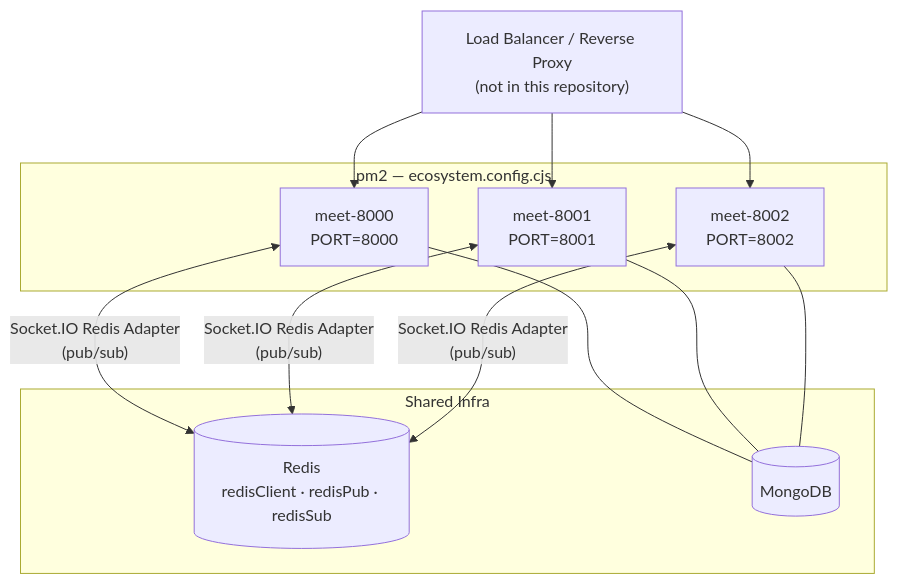
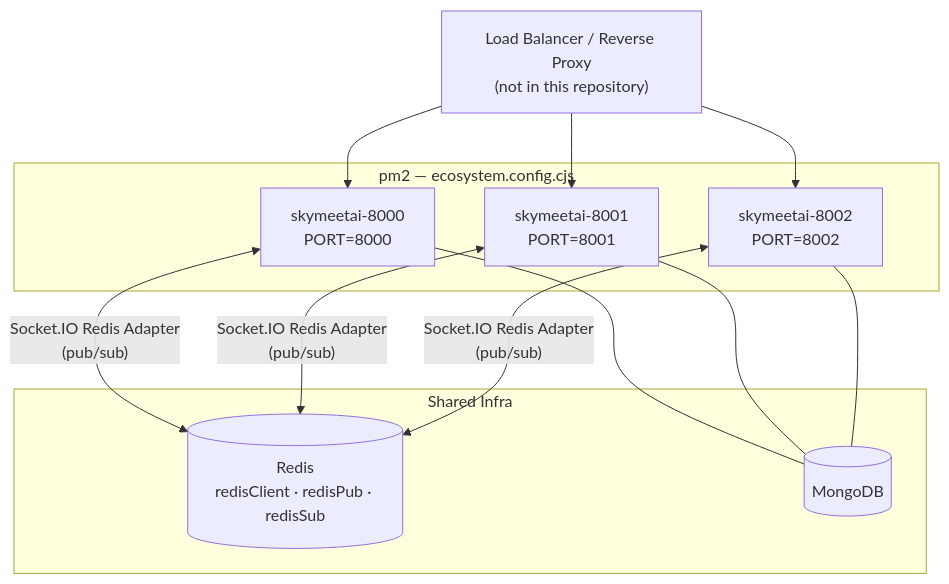
One commit to AnupamKumar-1/Hoovik changed the fourth of 5 diagrams in docs/backend.md. Above: the diagram before and after it, drawn with Mermaid. The commit also changed other lines of this file and 15 other files, not shown here.

````diff
--- a/docs/backend.md
+++ b/docs/backend.md
@@ -363,27 +363,27 @@
 ```mermaid
 flowchart TD
     LB["Load Balancer / Reverse Proxy\n(not in this repository)"]
 
     subgraph PM2 ["pm2 — ecosystem.config.cjs"]
-        P0["meet-8000\nPORT=8000"]
-        P1["meet-8001\nPORT=8001"]
-        P2["meet-8002\nPORT=8002"]
+        P0["skymeetai-8000\nPORT=8000"]
+        P1["skymeetai-8001\nPORT=8001"]
+        P2["skymeetai-8002\nPORT=8002"]
     end
 
     subgraph Shared Infra
         Redis[("Redis\nredisClient · redisPub · redisSub")]
         Mongo[("MongoDB")]
     end
 
     LB --> P0
     LB --> P1
     LB --> P2
 
     P0 <-->|"Socket.IO Redis Adapter\n(pub/sub)"| Redis
     P1 <-->|"Socket.IO Redis Adapter\n(pub/sub)"| Redis
     P2 <-->|"Socket.IO Redis Adapter\n(pub/sub)"| Redis
 
     P0 --- Mongo
     P1 --- Mongo
     P2 --- Mongo
 ```
````
